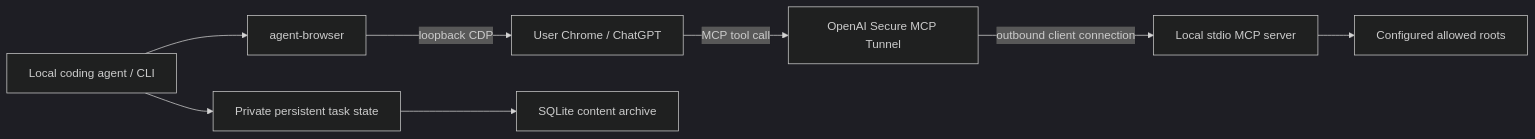
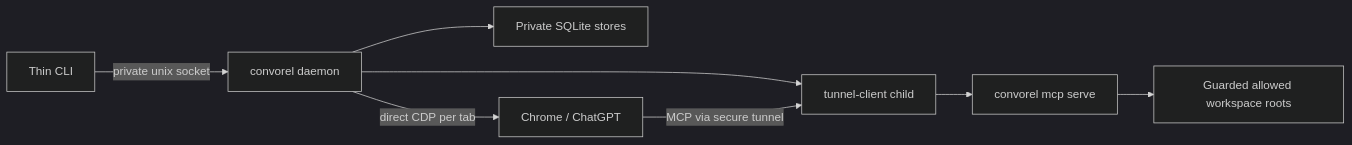
The diagram in docs/architecture.md (MarioJames/convorel), drawn with Mermaid (dark theme) before and after one commit. The commit also changed other lines of this file and 300 other files, not shown here.

````diff
--- a/docs/architecture.md
+++ b/docs/architecture.md
@@ -13,10 +5,10 @@
 ```mermaid
 flowchart LR
-  A[Local coding agent / CLI] --> B[agent-browser]
-  B -->|loopback CDP| C[User Chrome / ChatGPT]
-  C -->|MCP tool call| T[OpenAI Secure MCP Tunnel]
-  T -->|outbound client connection| M[Local stdio MCP server]
-  M --> W[Configured allowed roots]
-  A --> S[Private persistent task state]
-  S --> AR[SQLite content archive]
+  CLI[Thin CLI] -->|private unix socket| D[convorel daemon]
+  D --> DB[Private SQLite stores]
+  D -->|direct CDP per tab| C[Chrome / ChatGPT]
+  D --> T[tunnel-client child]
+  C -->|MCP via secure tunnel| T
+  T --> M[convorel mcp serve]
+  M --> W[Guarded allowed workspace roots]
 ```
````
